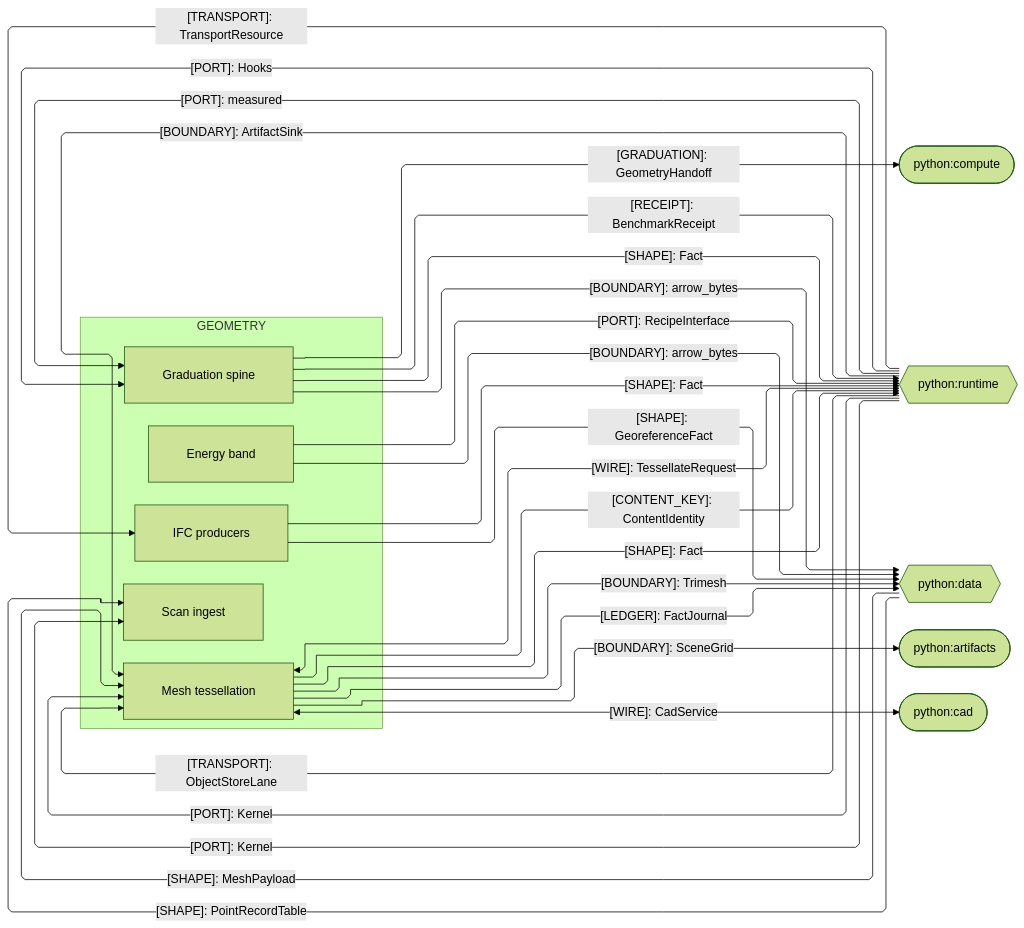
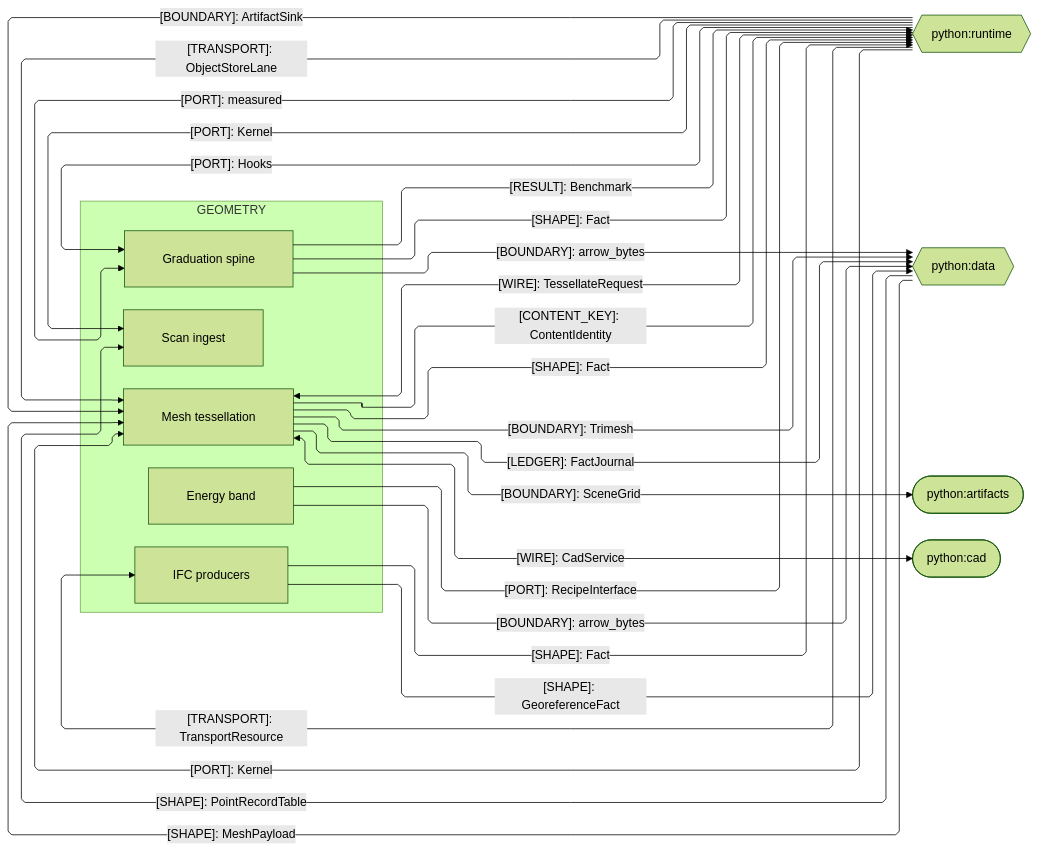
Before and after one commit to bsamiee/Rasm: the third of 4 diagrams in libs/python/geometry/ARCHITECTURE.md, drawn with Mermaid (forest theme). The commit also changed other lines of this file and 1417 other files, not shown here.

````diff
--- a/libs/python/geometry/ARCHITECTURE.md
+++ b/libs/python/geometry/ARCHITECTURE.md
@@ -121,48 +121,46 @@
 ```mermaid
 ---
 config:
   layout: elk
   flowchart:
     curve: linear
     padding: 25
 ---
 flowchart LR
     accTitle: Geometry Python sibling seams
-    accDescr: Geometry sub-domain owners exchanging graduation receipts, payloads, ports, and kernel crossings with the Python siblings.
+    accDescr: Geometry sub-domain owners exchanging results, payloads, ports, and kernel crossings with the Python siblings.
     subgraph geometry[GEOMETRY]
         Graduation[Graduation spine]
         Mesh[Mesh tessellation]
         Ifc[IFC producers]
         Scan[Scan ingest]
         Energy[Energy band]
     end
-    Compute([python:compute])
     Runtime{{python:runtime}}
     Data{{python:data}}
     Artifacts([python:artifacts])
     Cad([python:cad])
-    Graduation e1@-->|"[GRADUATION]: GeometryHandoff"| Compute
     Graduation e2@-->|"[BOUNDARY]: arrow_bytes"| Data
     Mesh e3@<-->|"[WIRE]: TessellateRequest"| Runtime
     Mesh e4@-->|"[CONTENT_KEY]: ContentIdentity"| Runtime
     Data e5@-->|"[SHAPE]: MeshPayload"| Mesh
     Mesh e6@-->|"[BOUNDARY]: Trimesh"| Data
     Mesh e7@-->|"[BOUNDARY]: SceneGrid"| Artifacts
     Data e8@-->|"[SHAPE]: PointRecordTable"| Scan
     Energy e9@-->|"[PORT]: RecipeInterface"| Runtime
     Energy e10@-->|"[BOUNDARY]: arrow_bytes"| Data
-    Graduation e11@-->|"[RECEIPT]: BenchmarkReceipt"| Runtime
+    Graduation e11@-->|"[RESULT]: Benchmark"| Runtime
     Runtime e12@-->|"[TRANSPORT]: ObjectStoreLane"| Mesh
     Mesh e13@-->|"[LEDGER]: FactJournal"| Data
     Graduation e14@-->|"[SHAPE]: Fact"| Runtime
     Ifc e15@-->|"[SHAPE]: GeoreferenceFact"| Data
     Ifc e16@-->|"[SHAPE]: Fact"| Runtime
     Mesh e17@-->|"[SHAPE]: Fact"| Runtime
     Runtime e18@-->|"[PORT]: Kernel"| Mesh
     Runtime e19@-->|"[PORT]: Kernel"| Scan
     Runtime e20@-->|"[PORT]: measured"| Graduation
     Runtime e21@-->|"[PORT]: Hooks"| Graduation
     Runtime e22@-->|"[TRANSPORT]: TransportResource"| Ifc
     Mesh e23@<-->|"[WIRE]: CadService"| Cad
     Runtime e24@-->|"[BOUNDARY]: ArtifactSink"| Mesh
 ```
````
